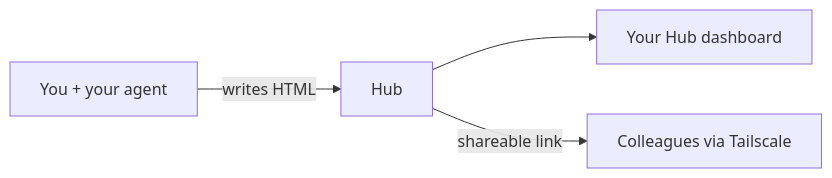
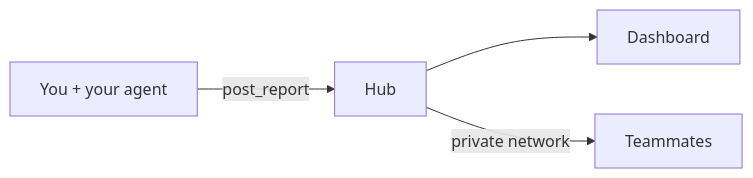
Before and after one commit to gabrycina/hub: the diagram in README.md, drawn with Mermaid. The commit also changed other lines of this file, not shown here.

````diff
--- a/README.md
+++ b/README.md
@@ -18,6 +18,6 @@
 ```mermaid
 flowchart LR
-  A[You + your agent] -->|writes HTML| B[Hub]
-  B --> C[Your Hub dashboard]
-  B -->|shareable link| D[Colleagues via Tailscale]
+  A[You + your agent] -->|post_report| B[Hub]
+  B --> C[Dashboard]
+  B -->|private network| D[Teammates]
 ```
````
